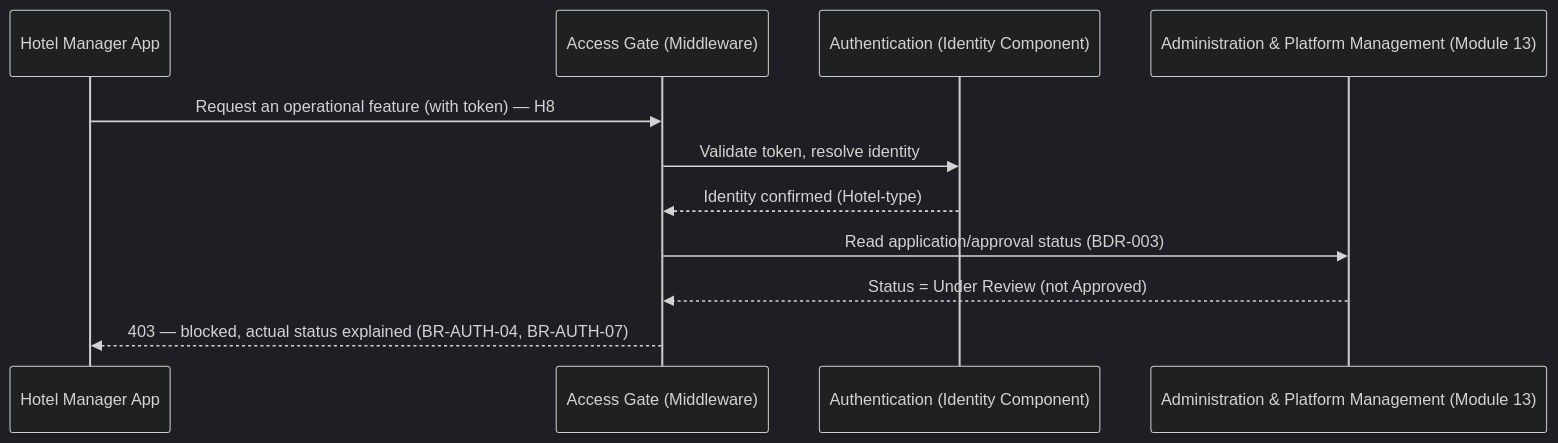
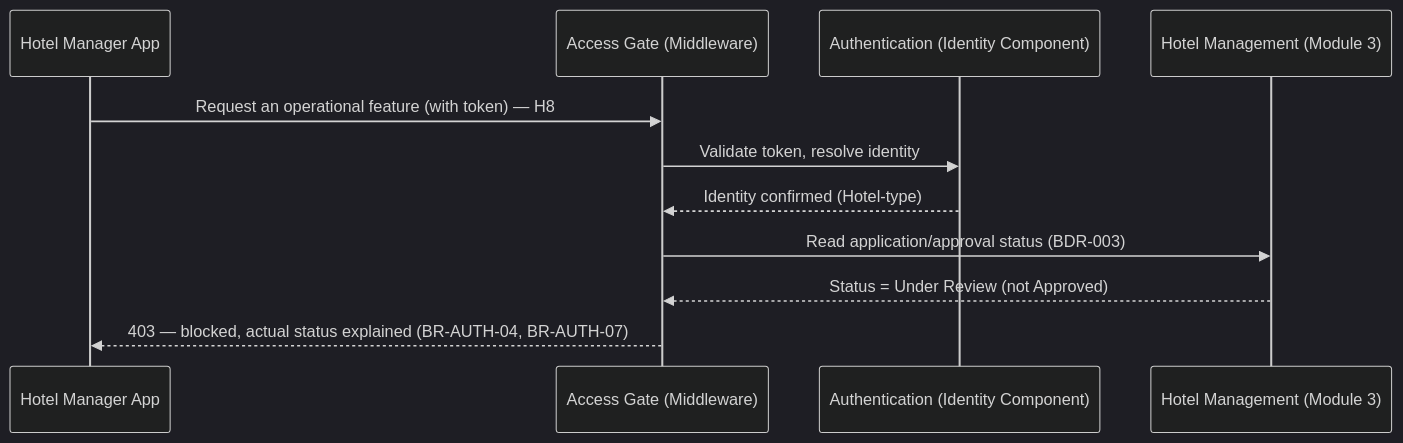
One commit to Ahmed-Naafic/hotel-hall-booking-system changed the third of 11 diagrams in docs/05-technical-design/modules/01-authentication-and-account-management/technical-design.md. Above: the diagram before and after it, drawn with Mermaid (dark theme). The commit also changed other lines of this file and 6 other files, not shown here.

First line of the commit message:
feat(hotel-management): complete business and technical design

````diff
--- a/docs/05-technical-design/modules/01-authentication-and-account-management/technical-design.md
+++ b/docs/05-technical-design/modules/01-authentication-and-account-management/technical-design.md
@@ -269,14 +278,14 @@
 ```mermaid
 sequenceDiagram
     participant Client as Hotel Manager App
     participant AG as Access Gate (Middleware)
     participant Auth as Authentication (Identity Component)
-    participant Admin as Administration & Platform Management (Module 13)
+    participant Hotel as Hotel Management (Module 3)
 
     Client->>AG: Request an operational feature (with token) — H8
     AG->>Auth: Validate token, resolve identity
     Auth-->>AG: Identity confirmed (Hotel-type)
-    AG->>Admin: Read application/approval status (BDR-003)
-    Admin-->>AG: Status = Under Review (not Approved)
+    AG->>Hotel: Read application/approval status (BDR-003)
+    Hotel-->>AG: Status = Under Review (not Approved)
     AG-->>Client: 403 — blocked, actual status explained (BR-AUTH-04, BR-AUTH-07)
 ```
````
